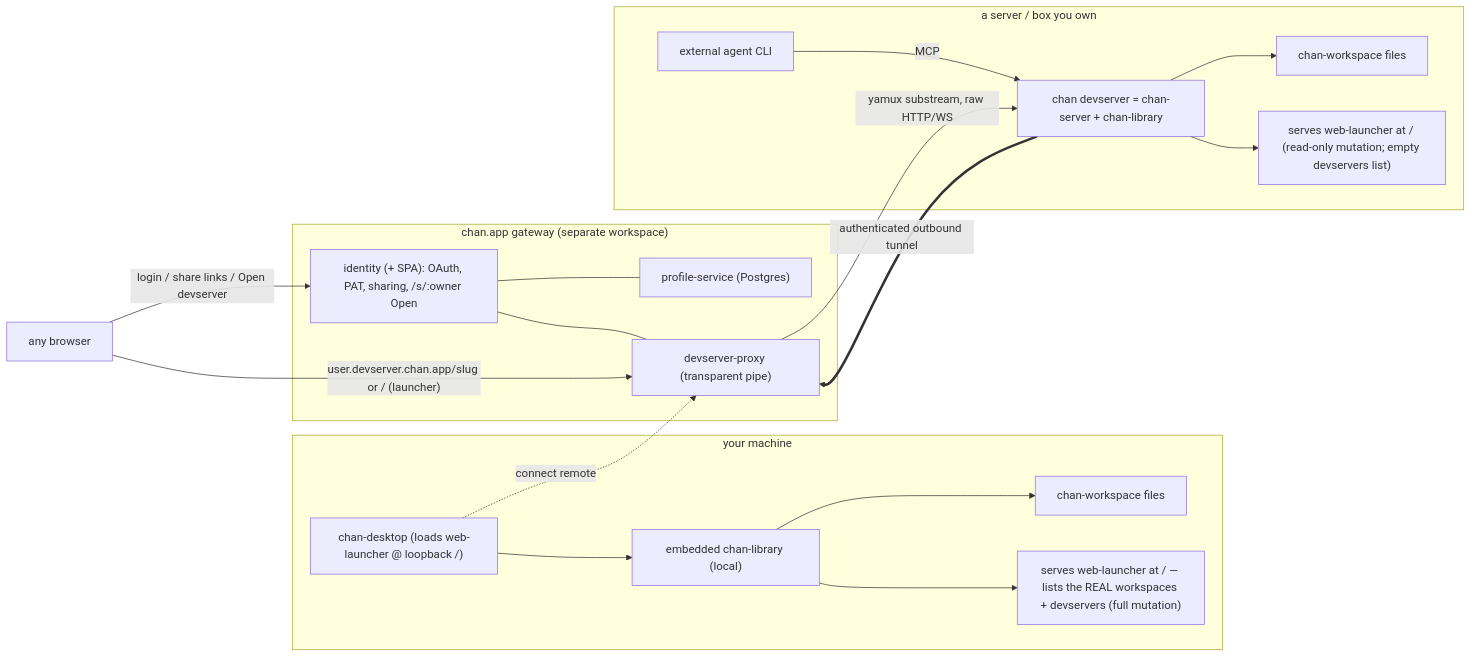
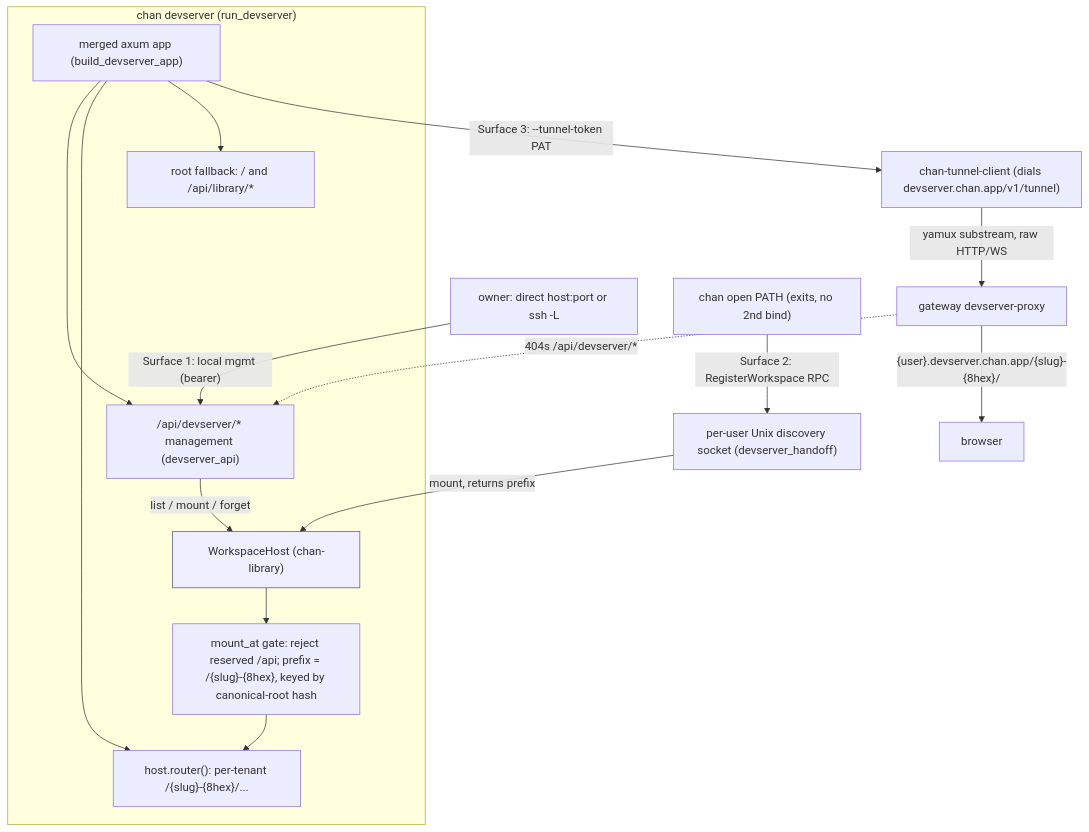
One commit to likewhatevs/chan changed the second of 2 diagrams in design.md. Above: the diagram before and after it, drawn with Mermaid. The commit also changed other lines of this file and 24 other files, not shown here.

First line of the commit message:
docs: replace filesystem-layout prose with architecture diagrams

````diff
--- a/design.md
+++ b/design.md
@@ -128,25 +231,26 @@
 ```mermaid
-flowchart LR
-  subgraph User["your machine"]
-    DesktopApp["chan-desktop (loads web-launcher @ loopback /)"] --> Loop["embedded chan-library (local)"]
-    Loop --> WSlocal["chan-workspace files"]
-    Loop --> LaunchL["serves web-launcher at / — lists the REAL workspaces + devservers (full mutation)"]
+flowchart TB
+  subgraph DV["chan devserver (run_devserver)"]
+    Host["WorkspaceHost (chan-library)"]
+    Gate["mount_at gate: reject reserved /api; prefix = /{slug}-{8hex}, keyed by canonical-root hash"]
+    App["merged axum app (build_devserver_app)"]
+    Mgmt["/api/devserver/* management (devserver_api)"]
+    Tenants["host.router(): per-tenant /{slug}-{8hex}/..."]
+    Launcher["root fallback: / and /api/library/*"]
+    Host --> Gate
+    Gate --> Tenants
+    App --> Mgmt
+    App --> Tenants
+    App --> Launcher
   end
-  subgraph Box["a server / box you own"]
-    DS["chan devserver = chan-server + chan-library"] --> WSremote["chan-workspace files"]
-    DS --> LaunchD["serves web-launcher at / (read-only mutation; empty devservers list)"]
-    Agent["external agent CLI"] -->|MCP| DS
-  end
-  subgraph Cloud["chan.app gateway (separate workspace)"]
-    IdSPA["identity (+ SPA): OAuth, PAT, sharing, /s/:owner Open"]
-    Profile["profile-service (Postgres)"]
-    Proxy["devserver-proxy (transparent pipe)"]
-    IdSPA --- Profile
-    IdSPA --- Proxy
-  end
-  DS == authenticated outbound tunnel ==> Proxy
-  Browser["any browser"] -->|"user.devserver.chan.app/slug or / (launcher)"| Proxy
-  Proxy -->|yamux substream, raw HTTP/WS| DS
-  DesktopApp -.connect remote.-> Proxy
-  Browser -->|"login / share links / Open devserver"| IdSPA
+  Owner["owner: direct host:port or ssh -L"] -->|"Surface 1: local mgmt (bearer)"| Mgmt
+  Mgmt -->|"list / mount / forget"| Host
+  CLI["chan open PATH (exits, no 2nd bind)"] -->|"Surface 2: RegisterWorkspace RPC"| Disc["per-user Unix discovery socket (devserver_handoff)"]
+  Disc -->|"mount, returns prefix"| Host
+  App -->|"Surface 3: --tunnel-token PAT"| Tun["chan-tunnel-client (dials devserver.chan.app/v1/tunnel)"]
+  Tun -->|"yamux substream, raw HTTP/WS"| Proxy["gateway devserver-proxy"]
+  Proxy -->|"{user}.devserver.chan.app/{slug}-{8hex}/"| Browser["browser"]
+  Proxy -.->|"404s /api/devserver/*"| Mgmt
+  classDef core fill:#eef,stroke:#557;
+  class Host core;
 ```
````
